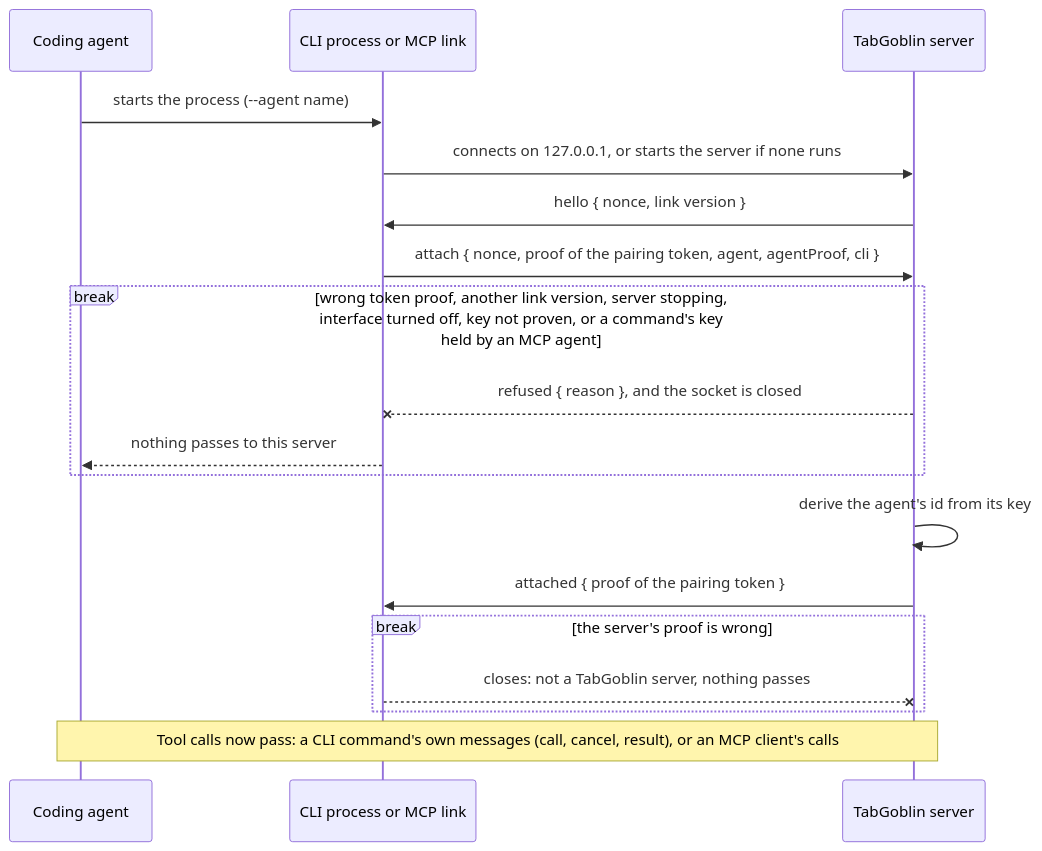
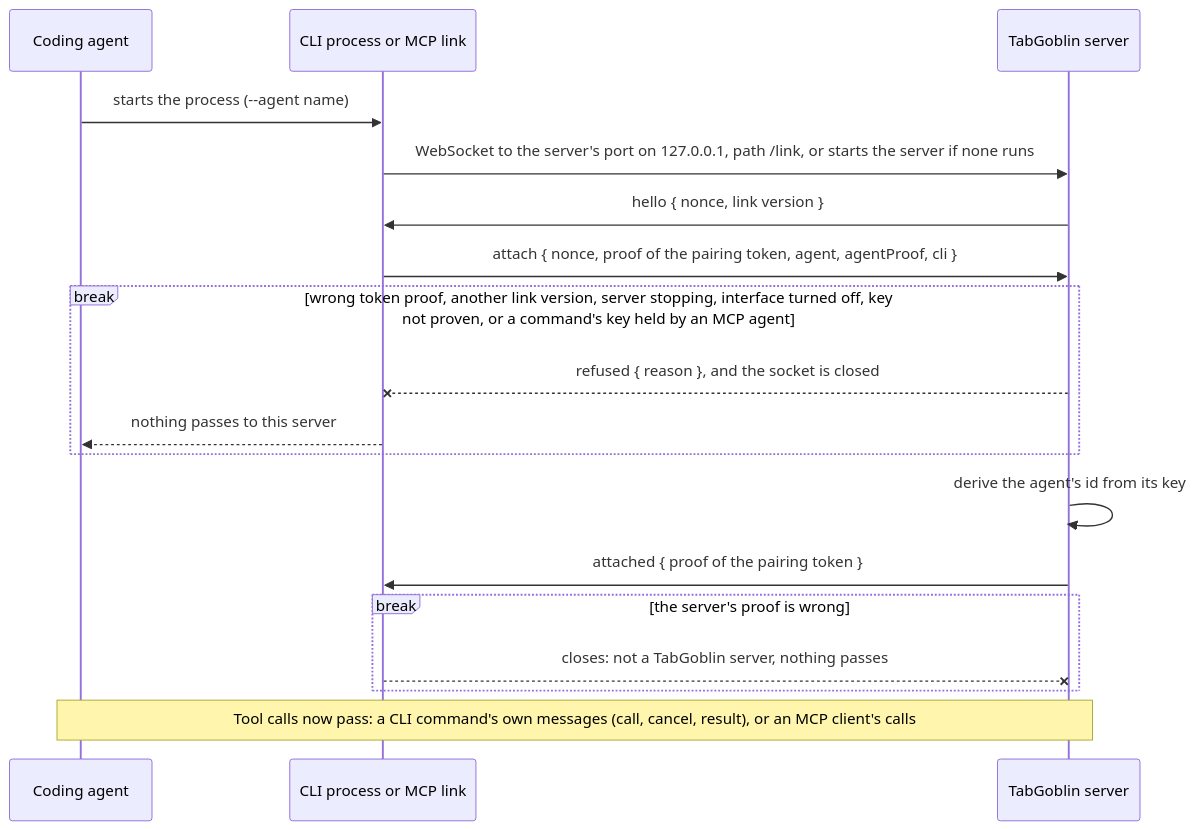
One commit to LaughingManCommits/TabGoblin changed the first of 8 diagrams in docs/architecture.md. Above: the diagram before and after it, drawn with Mermaid. The commit also changed other lines of this file and 29 other files, not shown here.

````diff
--- a/docs/architecture.md
+++ b/docs/architecture.md
@@ -162,20 +162,20 @@
 ```mermaid
 sequenceDiagram
   participant A as Coding agent
   participant L as CLI process or MCP link
   participant S as TabGoblin server
   A->>L: starts the process (--agent name)
-  L->>S: connects on 127.0.0.1, or starts the server if none runs
+  L->>S: WebSocket to the server's port on 127.0.0.1, path /link, or starts the server if none runs
   S->>L: hello { nonce, link version }
   L->>S: attach { nonce, proof of the pairing token, agent, agentProof, cli }
   break wrong token proof, another link version, server stopping, interface turned off, key not proven, or a command's key held by an MCP agent
     S--xL: refused { reason }, and the socket is closed
     L-->>A: nothing passes to this server
   end
   S->>S: derive the agent's id from its key
   S->>L: attached { proof of the pairing token }
   break the server's proof is wrong
     L--xS: closes: not a TabGoblin server, nothing passes
   end
   Note over A,S: Tool calls now pass: a CLI command's own messages (call, cancel, result), or an MCP client's calls
 ```
````
